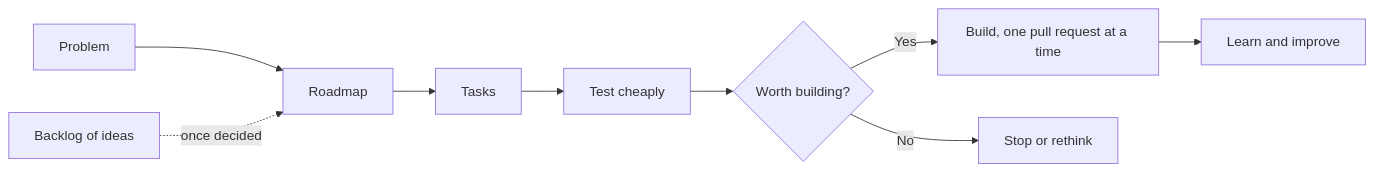
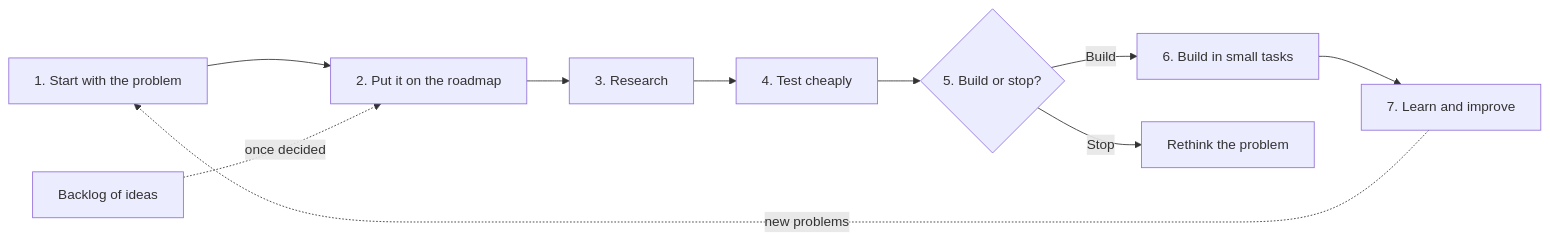
The diagram in process.md (sharonlafleur1984/how-i-work), drawn with Mermaid before and after one commit. The commit also changed other lines of this file, not shown here.

First line of the commit message:
process: diagram and steps match, rules that apply throughout in their own list

````diff
--- a/process.md
+++ b/process.md
@@ -7,7 +7,8 @@
 ```mermaid
 flowchart LR
-  A[Problem] --> B[Roadmap] --> C[Tasks] --> D[Test cheaply] --> E{Worth building?}
-  E -- Yes --> F[Build, one pull request at a time] --> G[Learn and improve]
-  E -- No --> H[Stop or rethink]
+  A[1. Start with the problem] --> B[2. Put it on the roadmap] --> C[3. Research] --> D[4. Test cheaply] --> E{5. Build or stop?}
+  E -- Build --> F[6. Build in small tasks] --> G[7. Learn and improve]
+  E -- Stop --> H[Rethink the problem]
   I[Backlog of ideas] -. once decided .-> B
+  G -. new problems .-> A
 ```
````
